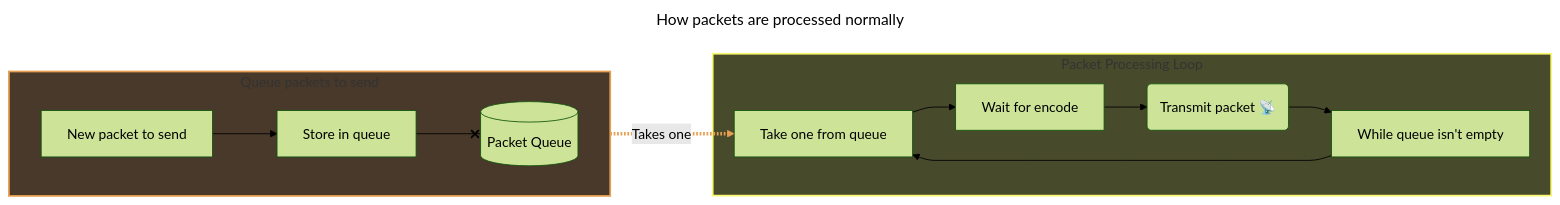
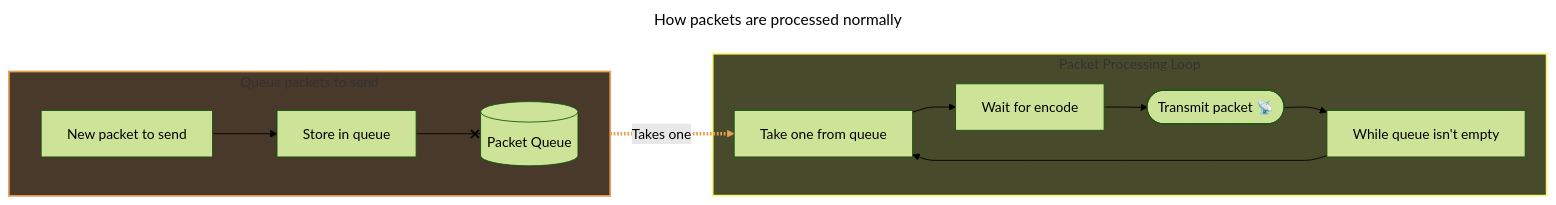
Before and after one commit to BlueCyro/Outflow: the first of 2 diagrams in README.md, drawn with Mermaid (forest theme). The commit also changed other lines of this file, not shown here.

Commit message:
Update graph visuals

````diff
--- a/README.md
+++ b/README.md
@@ -28,32 +28,32 @@
 ```mermaid
 ---
 title: How packets are processed normally
 ---
 %%{ init: { 'flowchart': { 'curve': 'monotoneX' } } }%%
 graph LR
     style Queue fill:#48392A,stroke:#E69E50,stroke-width:2px
     subgraph Queue[Queue packets to send]
     direction LR
         NewPacket[New packet to send]
         Store[Store in queue]
         PacketQueue[(Packet Queue)]
 
         
         NewPacket --> Store --x PacketQueue
     end
 
 
     style ProcessLoop fill:#484A2C,stroke:#F8F770,stroke-width:2px
     subgraph ProcessLoop[Packet Processing Loop]
         While[While queue isn't empty]
         Take[Take one from queue]
         Encode[Wait for encode]
-        Transmit(Transmit packet 📡)
+        Transmit([Transmit packet 📡])
 
 
         While --> Take
         Take --> Encode --> Transmit --> While
         PacketQueue -.->|Takes one| Take
         linkStyle 6 stroke:#E69E50,stroke-width:4px
     end
 ```
````
